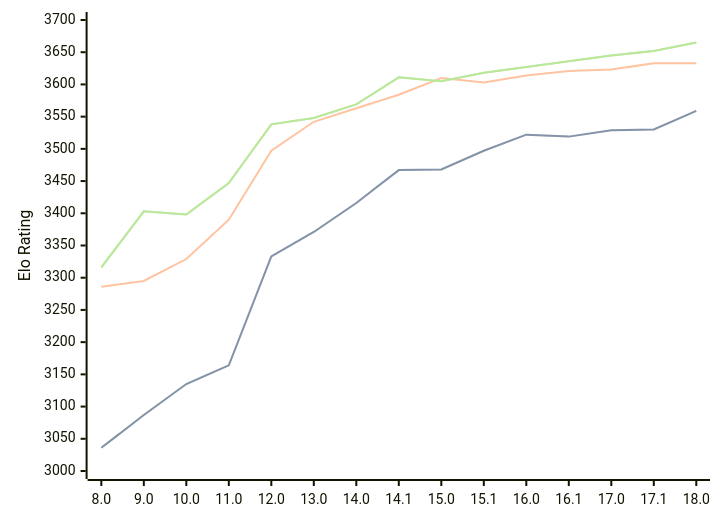
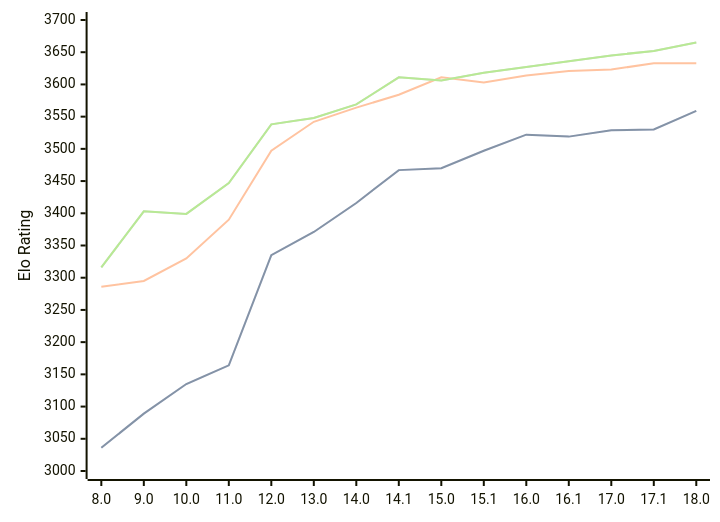
Before and after one commit to computer-chess-index/cci: the diagram in engines/Stockfish.md, drawn with Mermaid. The commit also changed other lines of this file, not shown here.

Commit message:
Update CCI Ratings (ELO VLTC) - 2026-05-13

````diff
--- a/engines/Stockfish.md
+++ b/engines/Stockfish.md
@@ -46,11 +46,11 @@
 ```mermaid
 %%{init: {"theme":"base","themeVariables":{"seriesColors:['#a3a3a3','#222221','#faa371']}}}%%
 xychart-beta
   x-axis ["8.0", "9.0", "10.0", "11.0", "12.0", "13.0", "14.0", "14.1", "15.0", "15.1", "16.0", "16.1", "17.0", "17.1", "18.0"]
   y-axis "Elo Rating" 3000 --> 3700
-  line "STC (8.0+0.08s)" [3036, 3087, 3135, 3164, 3333, 3371, 3416, 3467, 3468, 3497, 3522, 3519, 3529, 3530, 3559]
-  line "STC (8.0+0.08s)" [3036, 3087, 3135, 3164, 3333, 3371, 3416, 3467, 3468, 3497, 3522, 3519, 3529, 3530, 3559]
-  line "LTC (60.0+0.60s)" [3286, 3295, 3329, 3390, 3497, 3542, 3563, 3584, 3610, 3603, 3614, 3621, 3623, 3633, 3633]
-  line "VLTC (2m24s+1.12s)" [3316, 3403, 3398, 3447, 3538, 3548, 3569, 3611, 3605, 3618, 3627, 3636, 3645, 3652, 3665]
-  line "VLTC (2m24s+1.12s)" [3316, 3403, 3398, 3447, 3538, 3548, 3569, 3611, 3605, 3618, 3627, 3636, 3645, 3652, 3665]
+  line "STC (8.0+0.08s)" [3036, 3089, 3135, 3164, 3335, 3371, 3416, 3467, 3470, 3497, 3522, 3519, 3529, 3530, 3559]
+  line "STC (8.0+0.08s)" [3036, 3089, 3135, 3164, 3335, 3371, 3416, 3467, 3470, 3497, 3522, 3519, 3529, 3530, 3559]
+  line "LTC (60.0+0.60s)" [3286, 3295, 3330, 3390, 3497, 3542, 3564, 3584, 3611, 3603, 3614, 3621, 3623, 3633, 3633]
+  line "VLTC (2m24s+1.12s)" [3316, 3403, 3399, 3447, 3538, 3548, 3569, 3611, 3606, 3618, 3627, 3636, 3645, 3652, 3665]
+  line "VLTC (2m24s+1.12s)" [3316, 3403, 3399, 3447, 3538, 3548, 3569, 3611, 3606, 3618, 3627, 3636, 3645, 3652, 3665]
 ```
````
